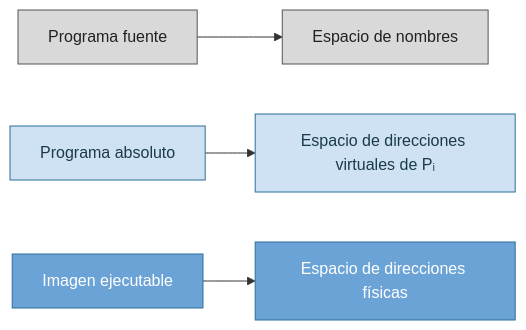
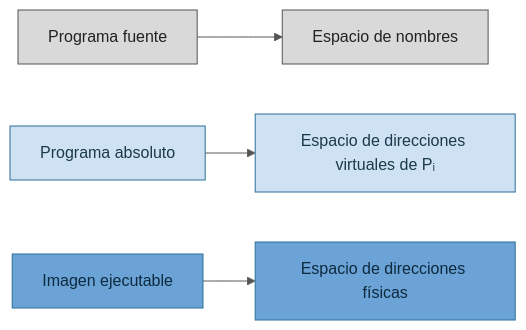
Before and after one commit to asiermarzo/ssoo: the third of 7 diagrams in TEORIA/06-gestion-de-memoria/README.md, drawn with Mermaid. The commit also changed other lines of this file and 89 other files, not shown here.

Commit message:
quitar ejercicios extra y ocultar temas teoría/práctica hasta que estén revisados. Ajustes color fondos mermaid

````diff
--- a/TEORIA/06-gestion-de-memoria/README.md
+++ b/TEORIA/06-gestion-de-memoria/README.md
@@ -298,13 +300,14 @@
 ```mermaid
+%%{init: {'theme': 'base', 'themeVariables': {'background': '#ffffff', 'primaryColor': '#eef2f7', 'primaryTextColor': '#1a1a1a', 'primaryBorderColor': '#555555', 'lineColor': '#555555', 'secondaryColor': '#f4f4f4', 'tertiaryColor': '#ffffff'}}}%%
 flowchart LR
     PF[Programa fuente] --> EN[Espacio de nombres]
     PA[Programa absoluto] --> EV["Espacio de direcciones virtuales de Pᵢ"]
     IE[Imagen ejecutable] --> EF[Espacio de direcciones físicas]
 
     classDef nombres fill:#d9d9d9,stroke:#555555,color:#222222;
     classDef virtual fill:#cfe2f3,stroke:#2b6f99,color:#1b3a4b;
-    classDef fisica fill:#6ba3d6,stroke:#2b6f99,color:#ffffff;
+    classDef fisica fill:#6ba3d6,stroke:#2b6f99,color:#0d2a3f;
     class PF,EN nombres;
     class PA,EV virtual;
     class IE,EF fisica;
 ```
````
